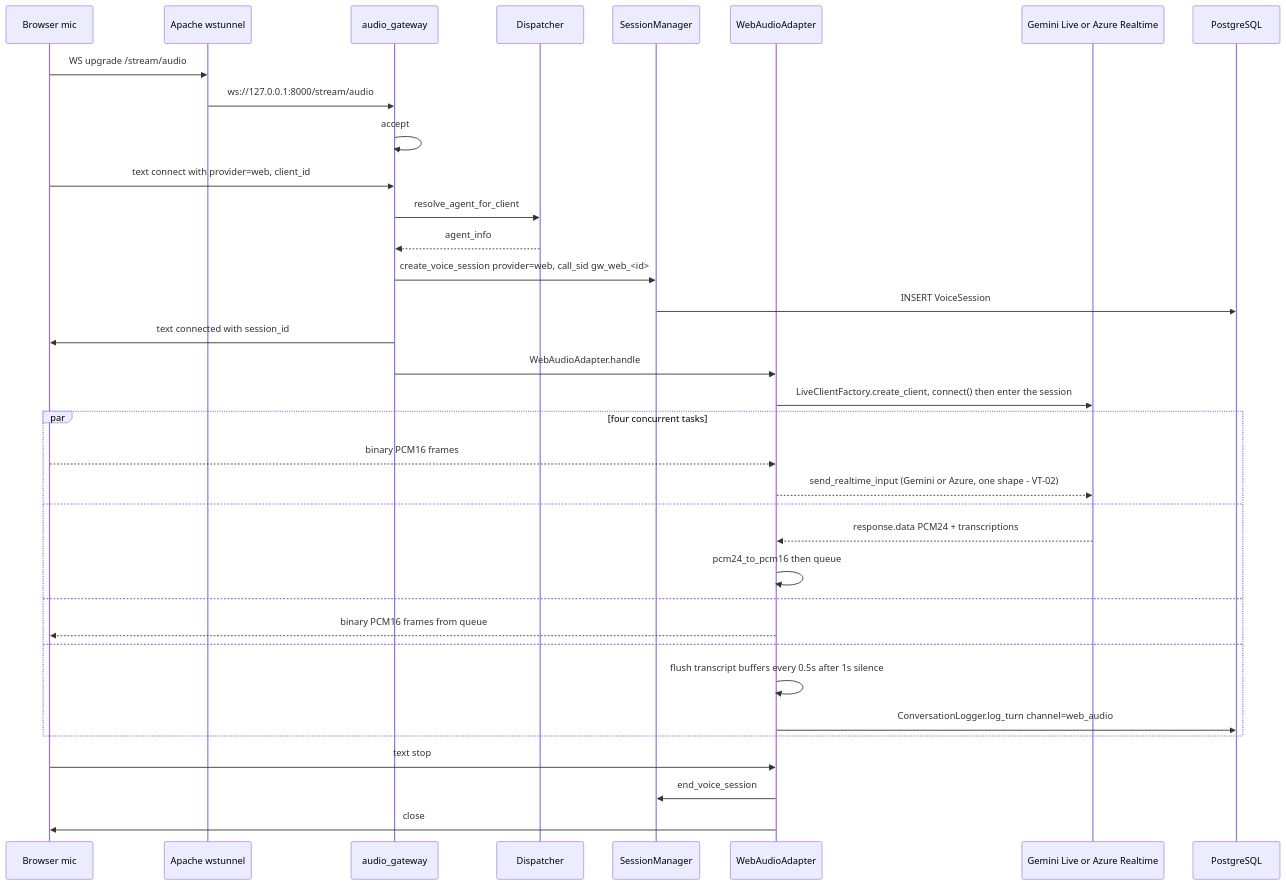
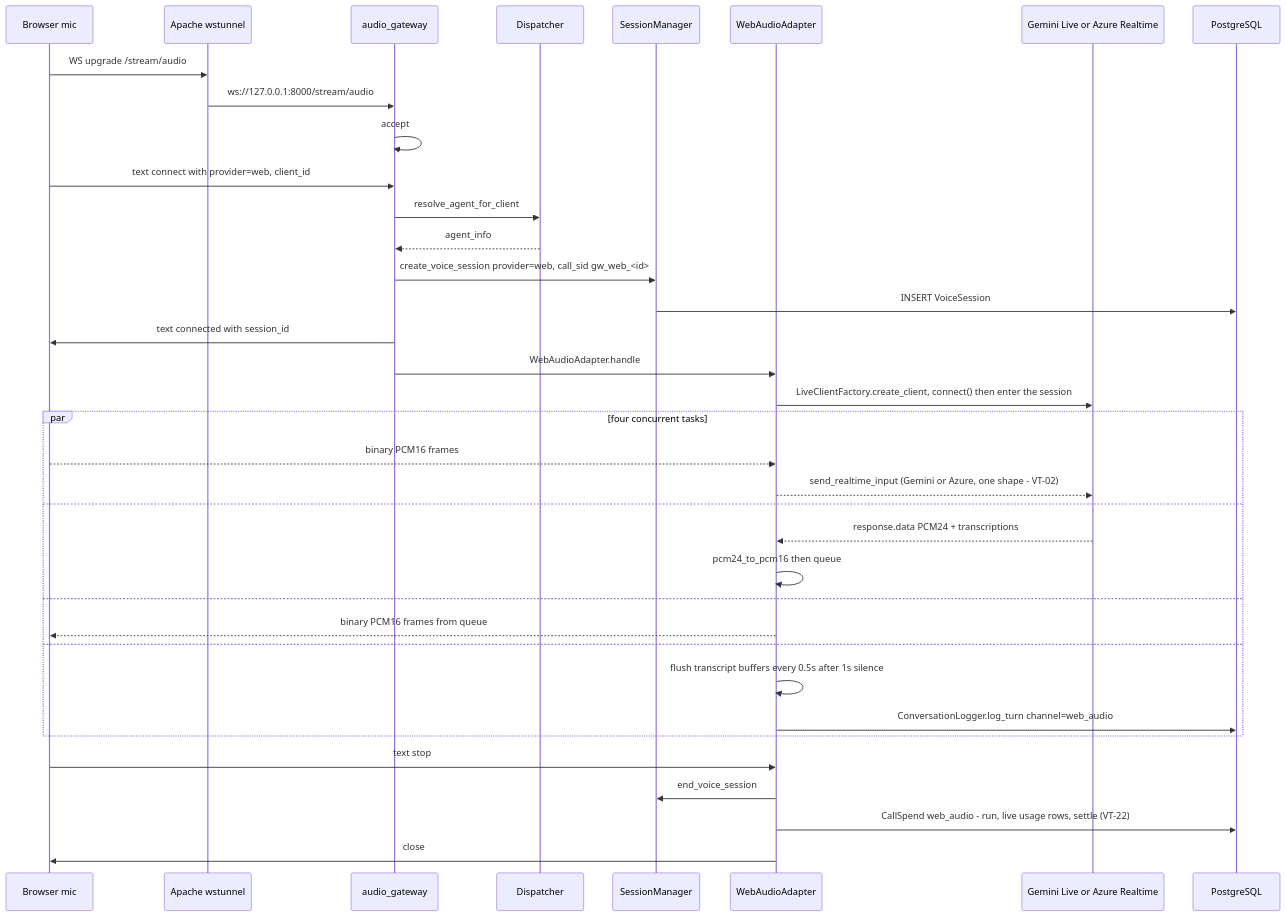
The fourth of 14 diagrams in docs/current/13-gateway-and-realtime.md (gondolerahul/hire-buddha-app), drawn with Mermaid before and after one commit. The commit also changed other lines of this file and 5 other files, not shown here.

First line of the commit message:
fix(voice): a browser audio session's live audio is billed on one run (VT-22)

````diff
--- a/docs/current/13-gateway-and-realtime.md
+++ b/docs/current/13-gateway-and-realtime.md
@@ -389,40 +389,41 @@
 ```mermaid
 sequenceDiagram
     participant BR as Browser mic
     participant AP as Apache wstunnel
     participant AG as audio_gateway
     participant D as Dispatcher
     participant SM as SessionManager
     participant WA as WebAudioAdapter
     participant AI as Gemini Live or Azure Realtime
     participant PG as PostgreSQL
 
     BR->>AP: WS upgrade /stream/audio
     AP->>AG: ws://127.0.0.1:8000/stream/audio
     AG->>AG: accept
     BR->>AG: text connect with provider=web, client_id
     AG->>D: resolve_agent_for_client
     D-->>AG: agent_info
     AG->>SM: create_voice_session provider=web, call_sid gw_web_<id>
     SM->>PG: INSERT VoiceSession
     AG->>BR: text connected with session_id
     AG->>WA: WebAudioAdapter.handle
 
     WA->>AI: LiveClientFactory.create_client, connect() then enter the session
     par four concurrent tasks
         BR-->>WA: binary PCM16 frames
         WA-->>AI: send_realtime_input (Gemini or Azure, one shape - VT-02)
     and
         AI-->>WA: response.data PCM24 + transcriptions
         WA->>WA: pcm24_to_pcm16 then queue
     and
         WA-->>BR: binary PCM16 frames from queue
     and
         WA->>WA: flush transcript buffers every 0.5s after 1s silence
         WA->>PG: ConversationLogger.log_turn channel=web_audio
     end
 
     BR->>WA: text stop
     WA->>SM: end_voice_session
+    WA->>PG: CallSpend web_audio - run, live usage rows, settle (VT-22)
     WA->>BR: close
 ```
````
